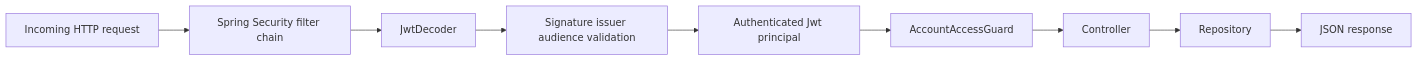
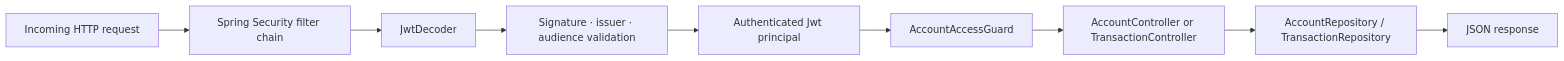
Before and after one commit to geekchow/micro-service-auth: the first of 3 diagrams in docs/09-banking-api-service.md, drawn with Mermaid. The commit also changed other lines of this file, not shown here.

````diff
--- a/docs/09-banking-api-service.md
+++ b/docs/09-banking-api-service.md
@@ -56,11 +43,11 @@
 ```mermaid
 flowchart LR
-    R[Incoming HTTP request] --> S[Spring Security filter chain]
-    S --> D[JwtDecoder]
-    D --> V[Signature issuer audience validation]
-    V --> J[Authenticated Jwt principal]
-    J --> G[AccountAccessGuard]
-    G --> C[Controller]
-    C --> REPO[Repository]
+    R[Incoming HTTP request] --> SF[Spring Security filter chain]
+    SF --> JD[JwtDecoder]
+    JD --> V[Signature · issuer · audience validation]
+    V --> JP[Authenticated Jwt principal]
+    JP --> AG[AccountAccessGuard]
+    AG --> AC[AccountController or TransactionController]
+    AC --> REPO[AccountRepository / TransactionRepository]
     REPO --> RESP[JSON response]
 ```
````
